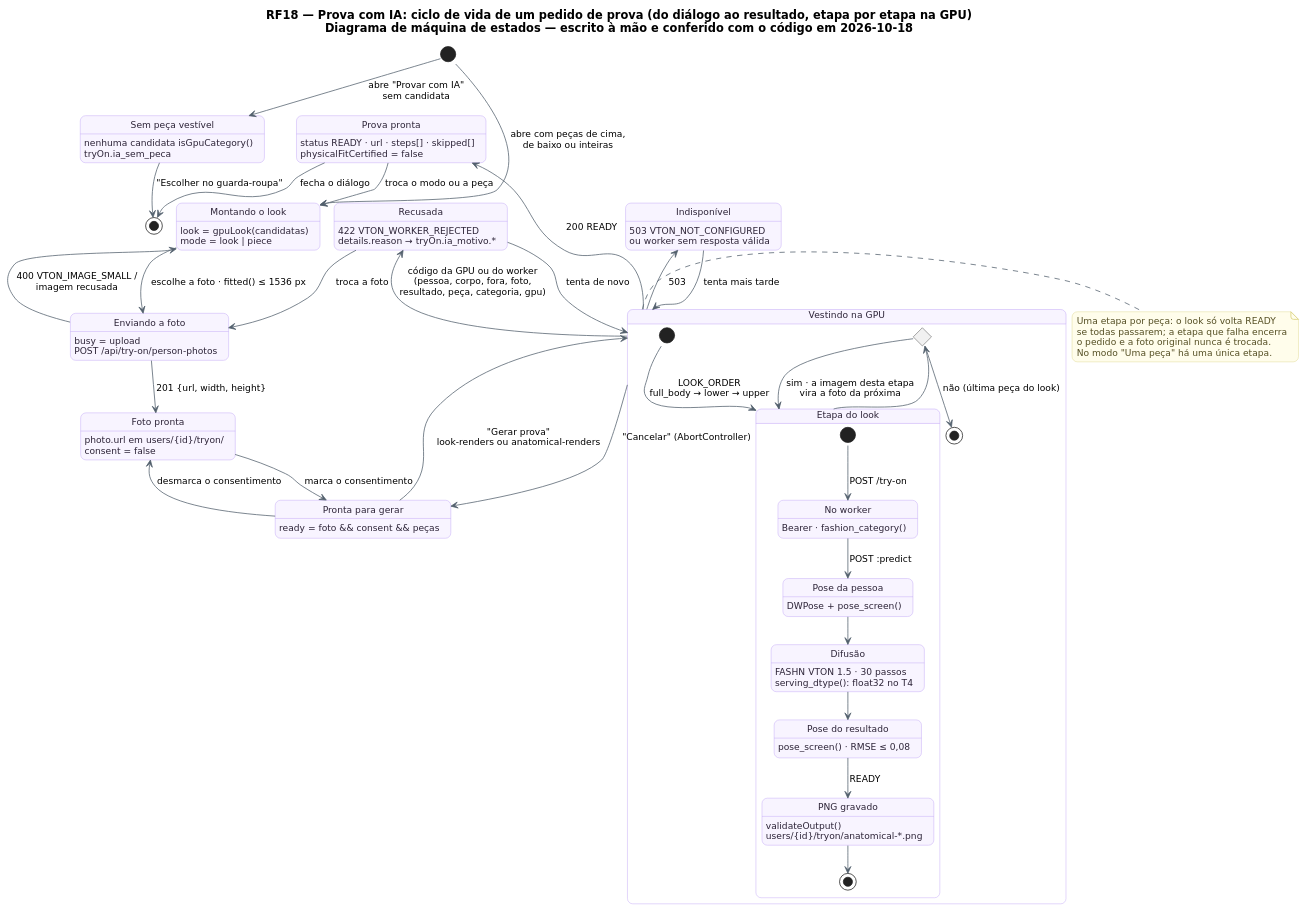
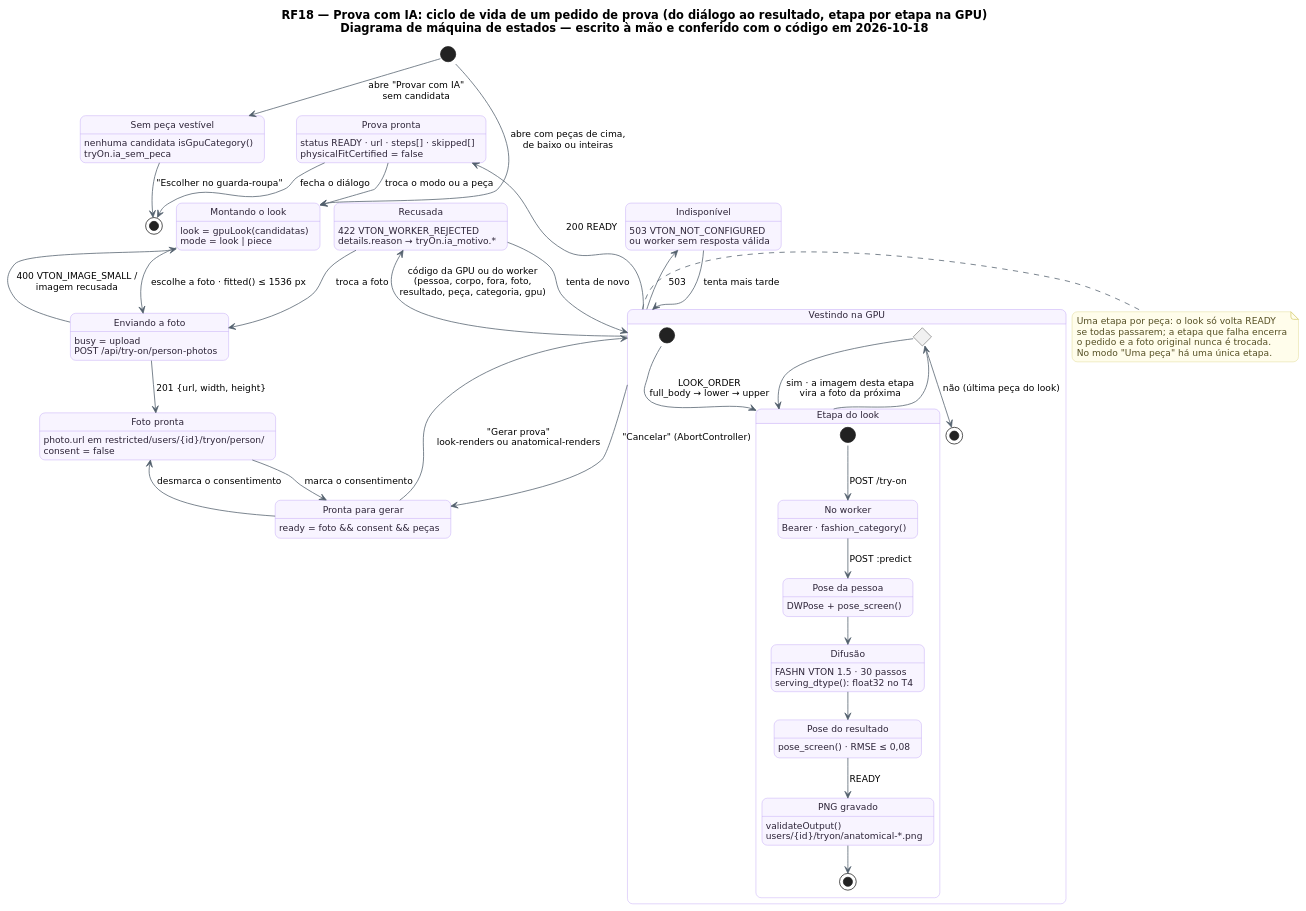
Before and after one commit to MatheusHaliski/tcc-2026-fashion-ai-backend: the diagram in docs/diagramas/RF18-prova-com-ia/RF18-prova-ia-estados.puml, drawn with PlantUML. The commit also changed 10 other files, not shown here.

First line of the commit message:
docs(diagramas): foto da Prova com IA pelo TryOnPersonPhotoController (escopo PRIVATE_TRY_ON)

```diff
--- a/docs/diagramas/RF18-prova-com-ia/RF18-prova-ia-estados.puml
+++ b/docs/diagramas/RF18-prova-com-ia/RF18-prova-ia-estados.puml
@@ -1,78 +1,78 @@
 @startuml RF18_ProvaIA_Estados
 ' v5: escrito à mão — o caminho passa pelo worker e pela GPU em Python (services/anatomical_vton), que scripts/diagramas/v5 não lê
 !pragma layout smetana
 skinparam backgroundColor #FFFFFF
 skinparam shadowing false
 skinparam defaultFontName "DejaVu Sans"
 skinparam defaultFontSize 12
 skinparam titleFontSize 15
 skinparam roundcorner 14
 skinparam ArrowColor #52606D
 skinparam note {
   BackgroundColor #FFFDEB
   BorderColor #D8CE78
   FontColor #554F24
 }
 skinparam state {
   BackgroundColor #F8F4FF
   BorderColor #B695F5
   FontColor #2D2438
   StartColor #20A77A
   EndColor #4B5563
 }
 title RF18 — Prova com IA: ciclo de vida de um pedido de prova (do diálogo ao resultado, etapa por etapa na GPU)\nDiagrama de máquina de estados — escrito à mão e conferido com o código em 2026-10-18
 
 state "Sem peça vestível" as SemPeca : nenhuma candidata isGpuCategory()\ntryOn.ia_sem_peca
 state "Montando o look" as Montando : look = gpuLook(candidatas)\nmode = look | piece
 state "Enviando a foto" as Enviando : busy = upload\nPOST /api/try-on/person-photos
-state "Foto pronta" as Foto : photo.url em users/{id}/tryon/\nconsent = false
+state "Foto pronta" as Foto : photo.url em restricted/users/{id}/tryon/person/\nconsent = false
 state "Pronta para gerar" as Pronta : ready = foto && consent && peças
 state "Vestindo na GPU" as Render {
   state "Etapa do look" as Etapa {
     state "No worker" as Wk : Bearer · fashion_category()
     state "Pose da pessoa" as Pose0 : DWPose + pose_screen()
     state "Difusão" as Dif : FASHN VTON 1.5 · 30 passos\nserving_dtype(): float32 no T4
     state "Pose do resultado" as Pose1 : pose_screen() · RMSE ≤ 0,08
     state "PNG gravado" as Png : validateOutput()\nusers/{id}/tryon/anatomical-*.png
     [*] --> Wk : POST /try-on
     Wk --> Pose0 : POST :predict
     Pose0 --> Dif
     Dif --> Pose1
     Pose1 --> Png : READY
     Png --> [*]
   }
   state "falta peça?" as Prox <<choice>>
   [*] --> Etapa : LOOK_ORDER\nfull_body → lower → upper
   Etapa --> Prox
   Prox --> Etapa : sim · a imagem desta etapa\nvira a foto da próxima
   Prox --> [*] : não (última peça do look)
 }
 state "Prova pronta" as Ok : status READY · url · steps[] · skipped[]\nphysicalFitCertified = false
 state "Recusada" as Recusa : 422 VTON_WORKER_REJECTED\ndetails.reason → tryOn.ia_motivo.*
 state "Indisponível" as Indisp : 503 VTON_NOT_CONFIGURED\nou worker sem resposta válida
 
 [*] --> SemPeca : abre "Provar com IA"\nsem candidata
 [*] --> Montando : abre com peças de cima,\nde baixo ou inteiras
 SemPeca --> [*] : "Escolher no guarda-roupa"
 Montando --> Enviando : escolhe a foto · fitted() ≤ 1536 px
 Enviando --> Montando : 400 VTON_IMAGE_SMALL /\nimagem recusada
 Enviando --> Foto : 201 {url, width, height}
 Foto --> Pronta : marca o consentimento
 Pronta --> Foto : desmarca o consentimento
 Pronta --> Render : "Gerar prova"\nlook-renders ou anatomical-renders
 Render --> Ok : 200 READY
 Render --> Recusa : código da GPU ou do worker\n(pessoa, corpo, fora, foto,\nresultado, peça, categoria, gpu)
 Render --> Indisp : 503
 Render --> Pronta : "Cancelar" (AbortController)
 Recusa --> Enviando : troca a foto
 Recusa --> Render : tenta de novo
 Indisp --> Render : tenta mais tarde
 Ok --> Montando : troca o modo ou a peça
 Ok --> [*] : fecha o diálogo
 note right of Render
   Uma etapa por peça: o look só volta READY
   se todas passarem; a etapa que falha encerra
   o pedido e a foto original nunca é trocada.
   No modo "Uma peça" há uma única etapa.
 end note
 @enduml
```
